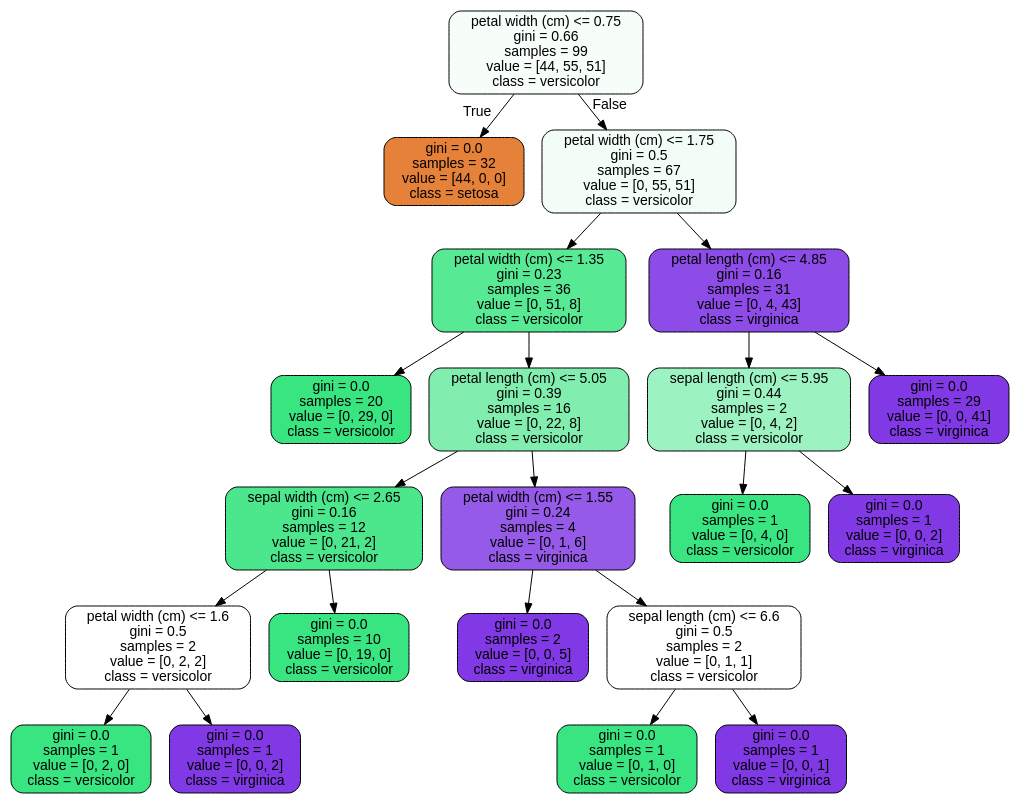
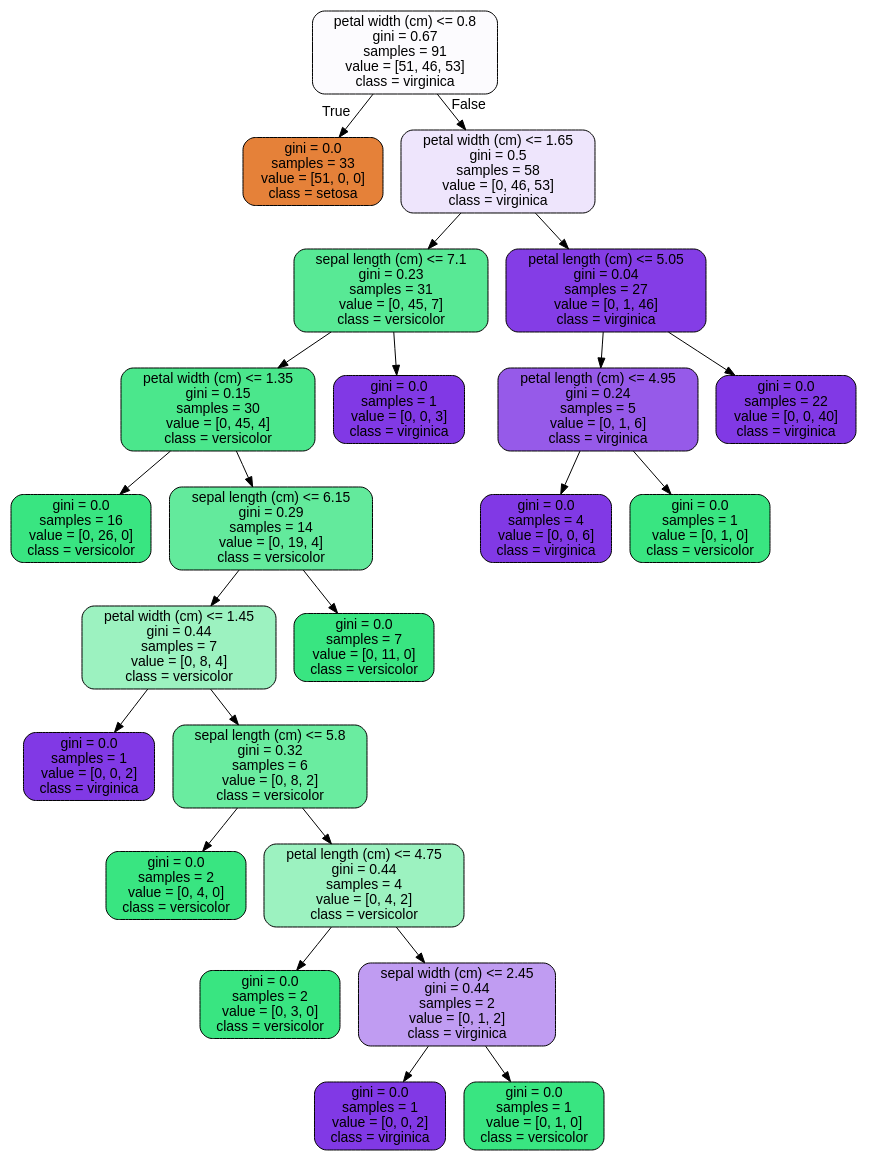
The diagram in tree.dot (katewang1/Employee_Attrition_Analysis), drawn with Graphviz before and after one commit. The commit also changed 2 other files, not shown here.

```diff
--- a/tree.dot
+++ b/tree.dot
@@ -1,45 +1,49 @@
 digraph Tree {
 node [shape=box, style="filled, rounded", color="black", fontname=helvetica] ;
 edge [fontname=helvetica] ;
-0 [label="petal width (cm) <= 0.75\ngini = 0.66\nsamples = 99\nvalue = [44, 55, 51]\nclass = versicolor", fillcolor="#f7fefa"] ;
-1 [label="gini = 0.0\nsamples = 32\nvalue = [44, 0, 0]\nclass = setosa", fillcolor="#e58139"] ;
+0 [label="petal width (cm) <= 0.8\ngini = 0.67\nsamples = 91\nvalue = [51, 46, 53]\nclass = virginica", fillcolor="#fcfbfe"] ;
+1 [label="gini = 0.0\nsamples = 33\nvalue = [51, 0, 0]\nclass = setosa", fillcolor="#e58139"] ;
 0 -> 1 [labeldistance=2.5, labelangle=45, headlabel="True"] ;
-2 [label="petal width (cm) <= 1.75\ngini = 0.5\nsamples = 67\nvalue = [0, 55, 51]\nclass = versicolor", fillcolor="#f1fdf6"] ;
+2 [label="petal width (cm) <= 1.65\ngini = 0.5\nsamples = 58\nvalue = [0, 46, 53]\nclass = virginica", fillcolor="#eee5fc"] ;
 0 -> 2 [labeldistance=2.5, labelangle=-45, headlabel="False"] ;
-3 [label="petal width (cm) <= 1.35\ngini = 0.23\nsamples = 36\nvalue = [0, 51, 8]\nclass = versicolor", fillcolor="#58e995"] ;
+3 [label="sepal length (cm) <= 7.1\ngini = 0.23\nsamples = 31\nvalue = [0, 45, 7]\nclass = versicolor", fillcolor="#58e995"] ;
 2 -> 3 ;
-4 [label="gini = 0.0\nsamples = 20\nvalue = [0, 29, 0]\nclass = versicolor", fillcolor="#39e581"] ;
+4 [label="petal width (cm) <= 1.35\ngini = 0.15\nsamples = 30\nvalue = [0, 45, 4]\nclass = versicolor", fillcolor="#4be78c"] ;
 3 -> 4 ;
-5 [label="petal length (cm) <= 5.05\ngini = 0.39\nsamples = 16\nvalue = [0, 22, 8]\nclass = versicolor", fillcolor="#81eeaf"] ;
-3 -> 5 ;
-6 [label="sepal width (cm) <= 2.65\ngini = 0.16\nsamples = 12\nvalue = [0, 21, 2]\nclass = versicolor", fillcolor="#4ce78d"] ;
-5 -> 6 ;
-7 [label="petal width (cm) <= 1.6\ngini = 0.5\nsamples = 2\nvalue = [0, 2, 2]\nclass = versicolor", fillcolor="#ffffff"] ;
+5 [label="gini = 0.0\nsamples = 16\nvalue = [0, 26, 0]\nclass = versicolor", fillcolor="#39e581"] ;
+4 -> 5 ;
+6 [label="sepal length (cm) <= 6.15\ngini = 0.29\nsamples = 14\nvalue = [0, 19, 4]\nclass = versicolor", fillcolor="#63ea9c"] ;
+4 -> 6 ;
+7 [label="petal width (cm) <= 1.45\ngini = 0.44\nsamples = 7\nvalue = [0, 8, 4]\nclass = versicolor", fillcolor="#9cf2c0"] ;
 6 -> 7 ;
-8 [label="gini = 0.0\nsamples = 1\nvalue = [0, 2, 0]\nclass = versicolor", fillcolor="#39e581"] ;
+8 [label="gini = 0.0\nsamples = 1\nvalue = [0, 0, 2]\nclass = virginica", fillcolor="#8139e5"] ;
 7 -> 8 ;
-9 [label="gini = 0.0\nsamples = 1\nvalue = [0, 0, 2]\nclass = virginica", fillcolor="#8139e5"] ;
+9 [label="sepal length (cm) <= 5.8\ngini = 0.32\nsamples = 6\nvalue = [0, 8, 2]\nclass = versicolor", fillcolor="#6aeca0"] ;
 7 -> 9 ;
-10 [label="gini = 0.0\nsamples = 10\nvalue = [0, 19, 0]\nclass = versicolor", fillcolor="#39e581"] ;
-6 -> 10 ;
-11 [label="petal width (cm) <= 1.55\ngini = 0.24\nsamples = 4\nvalue = [0, 1, 6]\nclass = virginica", fillcolor="#965ae9"] ;
-5 -> 11 ;
-12 [label="gini = 0.0\nsamples = 2\nvalue = [0, 0, 5]\nclass = virginica", fillcolor="#8139e5"] ;
+10 [label="gini = 0.0\nsamples = 2\nvalue = [0, 4, 0]\nclass = versicolor", fillcolor="#39e581"] ;
+9 -> 10 ;
+11 [label="petal length (cm) <= 4.75\ngini = 0.44\nsamples = 4\nvalue = [0, 4, 2]\nclass = versicolor", fillcolor="#9cf2c0"] ;
+9 -> 11 ;
+12 [label="gini = 0.0\nsamples = 2\nvalue = [0, 3, 0]\nclass = versicolor", fillcolor="#39e581"] ;
 11 -> 12 ;
-13 [label="sepal length (cm) <= 6.6\ngini = 0.5\nsamples = 2\nvalue = [0, 1, 1]\nclass = versicolor", fillcolor="#ffffff"] ;
+13 [label="sepal width (cm) <= 2.45\ngini = 0.44\nsamples = 2\nvalue = [0, 1, 2]\nclass = virginica", fillcolor="#c09cf2"] ;
 11 -> 13 ;
-14 [label="gini = 0.0\nsamples = 1\nvalue = [0, 1, 0]\nclass = versicolor", fillcolor="#39e581"] ;
+14 [label="gini = 0.0\nsamples = 1\nvalue = [0, 0, 2]\nclass = virginica", fillcolor="#8139e5"] ;
 13 -> 14 ;
-15 [label="gini = 0.0\nsamples = 1\nvalue = [0, 0, 1]\nclass = virginica", fillcolor="#8139e5"] ;
+15 [label="gini = 0.0\nsamples = 1\nvalue = [0, 1, 0]\nclass = versicolor", fillcolor="#39e581"] ;
 13 -> 15 ;
-16 [label="petal length (cm) <= 4.85\ngini = 0.16\nsamples = 31\nvalue = [0, 4, 43]\nclass = virginica", fillcolor="#8d4be7"] ;
-2 -> 16 ;
-17 [label="sepal length (cm) <= 5.95\ngini = 0.44\nsamples = 2\nvalue = [0, 4, 2]\nclass = versicolor", fillcolor="#9cf2c0"] ;
-16 -> 17 ;
-18 [label="gini = 0.0\nsamples = 1\nvalue = [0, 4, 0]\nclass = versicolor", fillcolor="#39e581"] ;
-17 -> 18 ;
-19 [label="gini = 0.0\nsamples = 1\nvalue = [0, 0, 2]\nclass = virginica", fillcolor="#8139e5"] ;
-17 -> 19 ;
-20 [label="gini = 0.0\nsamples = 29\nvalue = [0, 0, 41]\nclass = virginica", fillcolor="#8139e5"] ;
-16 -> 20 ;
+16 [label="gini = 0.0\nsamples = 7\nvalue = [0, 11, 0]\nclass = versicolor", fillcolor="#39e581"] ;
+6 -> 16 ;
+17 [label="gini = 0.0\nsamples = 1\nvalue = [0, 0, 3]\nclass = virginica", fillcolor="#8139e5"] ;
+3 -> 17 ;
+18 [label="petal length (cm) <= 5.05\ngini = 0.04\nsamples = 27\nvalue = [0, 1, 46]\nclass = virginica", fillcolor="#843de6"] ;
+2 -> 18 ;
+19 [label="petal length (cm) <= 4.95\ngini = 0.24\nsamples = 5\nvalue = [0, 1, 6]\nclass = virginica", fillcolor="#965ae9"] ;
+18 -> 19 ;
+20 [label="gini = 0.0\nsamples = 4\nvalue = [0, 0, 6]\nclass = virginica", fillcolor="#8139e5"] ;
+19 -> 20 ;
+21 [label="gini = 0.0\nsamples = 1\nvalue = [0, 1, 0]\nclass = versicolor", fillcolor="#39e581"] ;
+19 -> 21 ;
+22 [label="gini = 0.0\nsamples = 22\nvalue = [0, 0, 40]\nclass = virginica", fillcolor="#8139e5"] ;
+18 -> 22 ;
 }
```
